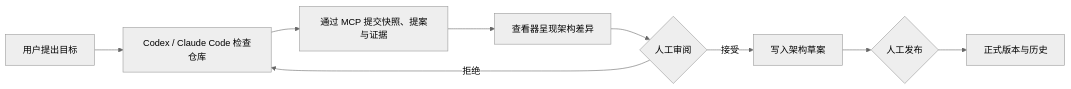
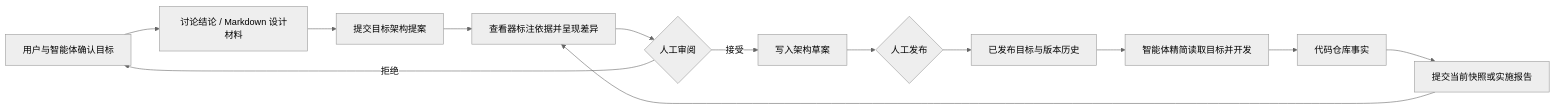
The diagram in README.md (Accsy7/ai-architecture-viewer), drawn with Mermaid (neutral theme) before and after one commit. The commit also changed other lines of this file and 38 other files, not shown here.

Commit message:
feat: support concept architecture proposals

````diff
--- a/README.md
+++ b/README.md
@@ -32,11 +35,15 @@
 ```mermaid
 flowchart LR
-    U["用户提出目标"] --> A["Codex / Claude Code 检查仓库"]
-    A --> M["通过 MCP 提交快照、提案与证据"]
-    M --> V["查看器呈现架构差异"]
+    U["用户与智能体确认目标"] --> C["讨论结论 / Markdown 设计材料"]
+    C --> T["提交目标架构提案"]
+    R["代码仓库事实"] --> S["提交当前快照或实施报告"]
+    T --> V["查看器标注依据并呈现差异"]
+    S --> V
     V --> H{"人工审阅"}
-    H -->|拒绝| A
+    H -->|拒绝| U
     H -->|接受| D["写入架构草案"]
     D --> P{"人工发布"}
-    P --> R["正式版本与历史"]
+    P --> G["已发布目标与版本历史"]
+    G --> A["智能体精简读取目标并开发"]
+    A --> R
 ```
````
